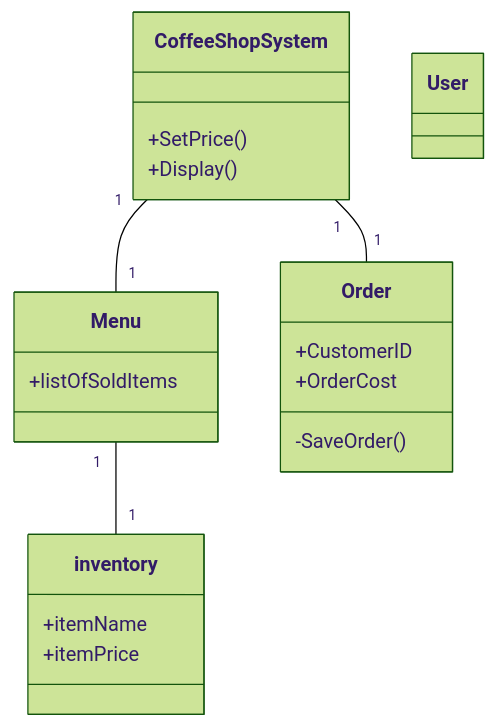
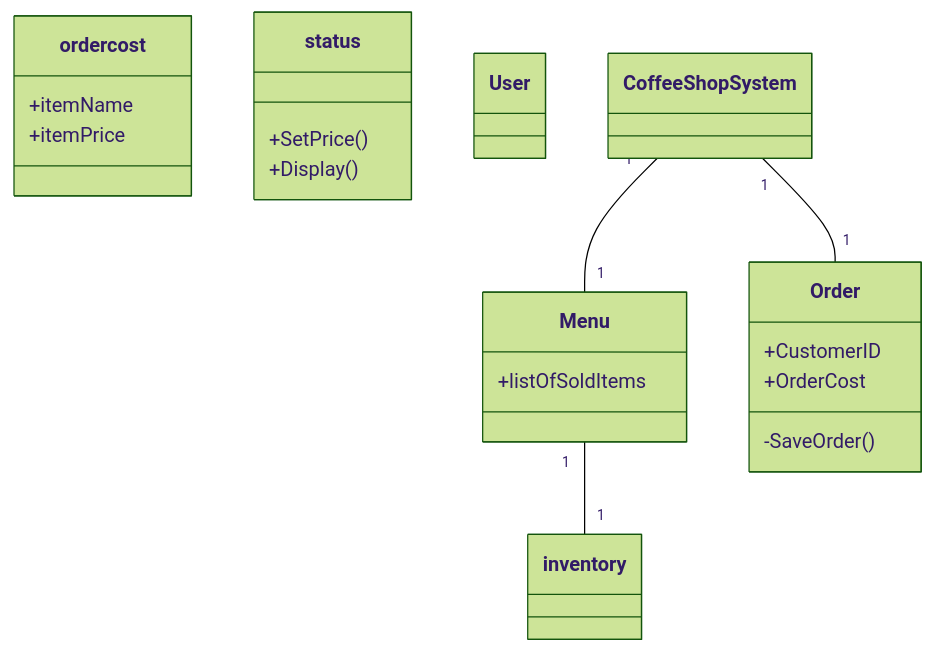
Before and after one commit to Anthony-Vang11/ICS372-AnthonyVang: the diagram in week-02/individual-sketch-2.md, drawn with Mermaid (forest theme). The commit also changed other lines of this file, not shown here.

Commit message:
Revise group artifact for Week 2 Round 2
Updated the group artifact for Week 2 Round 2 with design changes and added details for order attributes.

````diff
--- a/week-02/individual-sketch-2.md
+++ b/week-02/individual-sketch-2.md
@@ -31,24 +31,24 @@
 ```mermaid
 classDiagram
 class Menu{
 +listOfSoldItems
 
 }
 class Order{
 +CustomerID
 +OrderCost
 -SaveOrder()
 }
-class inventory{
+class order cost{
 +itemName
 +itemPrice
 }
-class CoffeeShopSystem{
+class status{
 +SetPrice()
 +Display()
 }
 class User{}
 CoffeeShopSystem "1" -- "1"Menu
 Menu "1" -- "1"inventory
 CoffeeShopSystem "1" -- "1" Order
 ```
````
